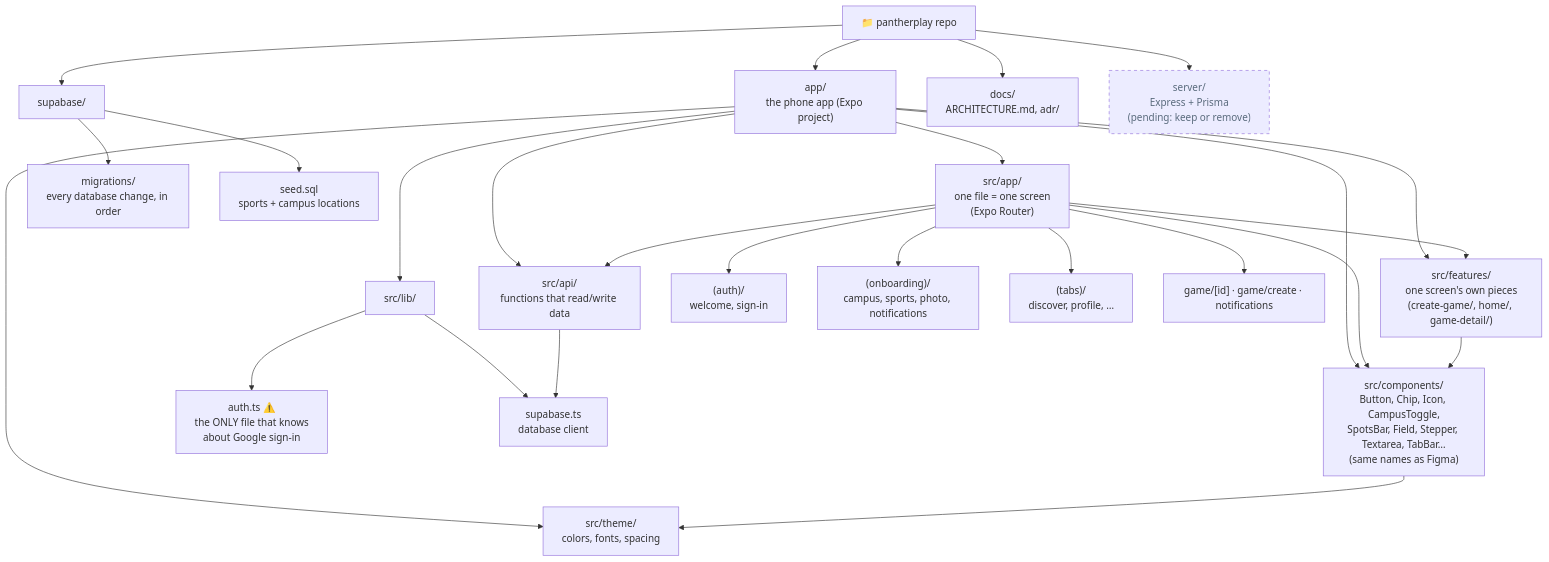
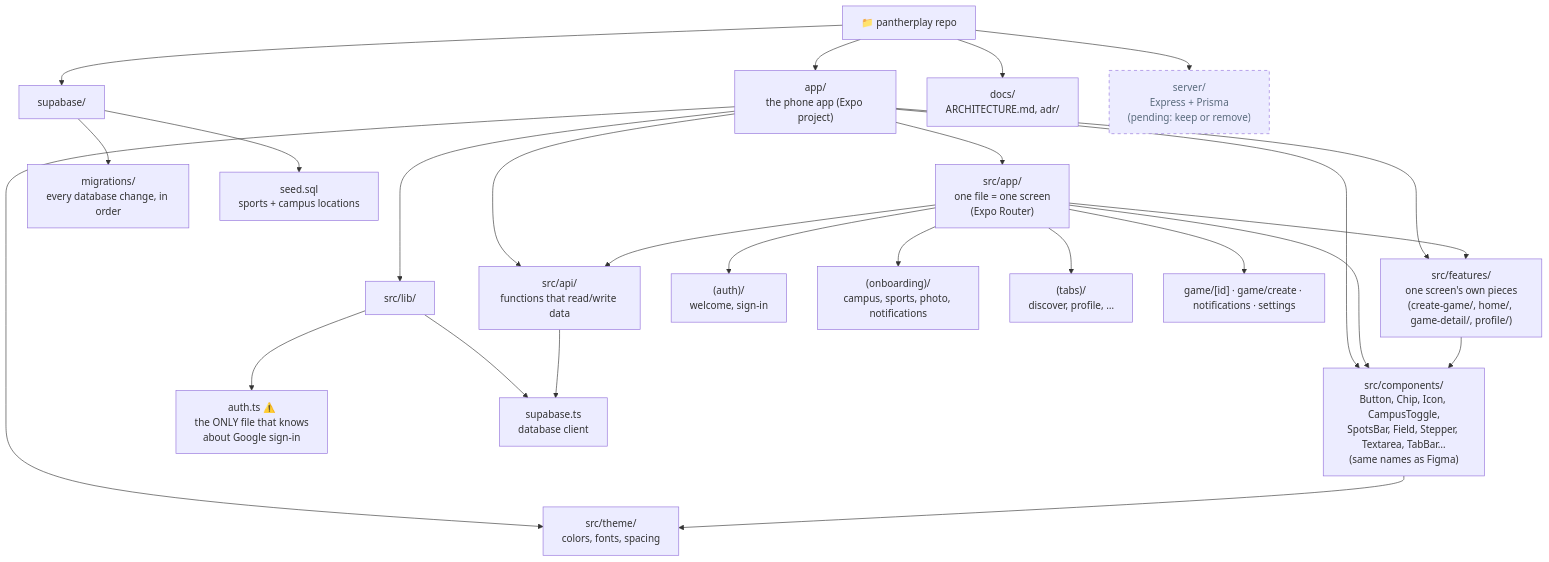
One commit to aymanlaassel/pantherplay changed the second of 9 diagrams in docs/ARCHITECTURE.md. Above: the diagram before and after it, drawn with Mermaid. The commit also changed other lines of this file and 11 other files, not shown here.

First line of the commit message:
Add Profile screen and Settings placeholder (W2-08) (#57)

````diff
--- a/docs/ARCHITECTURE.md
+++ b/docs/ARCHITECTURE.md
@@ -84,37 +84,37 @@
 ```mermaid
 flowchart TB
   Repo["📁 pantherplay repo"]
 
   Repo --> AppProj["app/<br/>the phone app (Expo project)"]
   Repo --> Supa["supabase/"]
   Repo --> Docs["docs/<br/>ARCHITECTURE.md, adr/"]
   Repo --> Server["server/<br/>Express + Prisma<br/>(pending: keep or remove)"]
 
   AppProj --> Screens["src/app/<br/>one file = one screen<br/>(Expo Router)"]
   AppProj --> Comp["src/components/<br/>Button, Chip, Icon, CampusToggle,<br/>SpotsBar, Field, Stepper, Textarea, TabBar…<br/>(same names as Figma)"]
-  AppProj --> Feat["src/features/<br/>one screen's own pieces<br/>(create-game/, home/, game-detail/)"]
+  AppProj --> Feat["src/features/<br/>one screen's own pieces<br/>(create-game/, home/, game-detail/, profile/)"]
   AppProj --> Theme["src/theme/<br/>colors, fonts, spacing"]
   AppProj --> Api["src/api/<br/>functions that read/write data"]
   AppProj --> Lib["src/lib/"]
 
   Screens --> AuthScreens["(auth)/<br/>welcome, sign-in"]
   Screens --> Onb["(onboarding)/<br/>campus, sports, photo, notifications"]
   Screens --> Tabs["(tabs)/<br/>discover, profile, …"]
-  Screens --> Pushed["game/[id] · game/create · notifications"]
+  Screens --> Pushed["game/[id] · game/create · notifications · settings"]
 
   Lib --> AuthTs["auth.ts ⚠️<br/>the ONLY file that knows<br/>about Google sign-in"]
   Lib --> Client["supabase.ts<br/>database client"]
 
   Supa --> Mig["migrations/<br/>every database change, in order"]
   Supa --> Seed["seed.sql<br/>sports + campus locations"]
 
   Comp --> Theme
   Screens --> Comp
   Screens --> Feat
   Feat --> Comp
   Screens --> Api
   Api --> Client
 
   classDef pending stroke-dasharray: 5 5,color:#5A6B7D
   class Server pending
 ```
````
